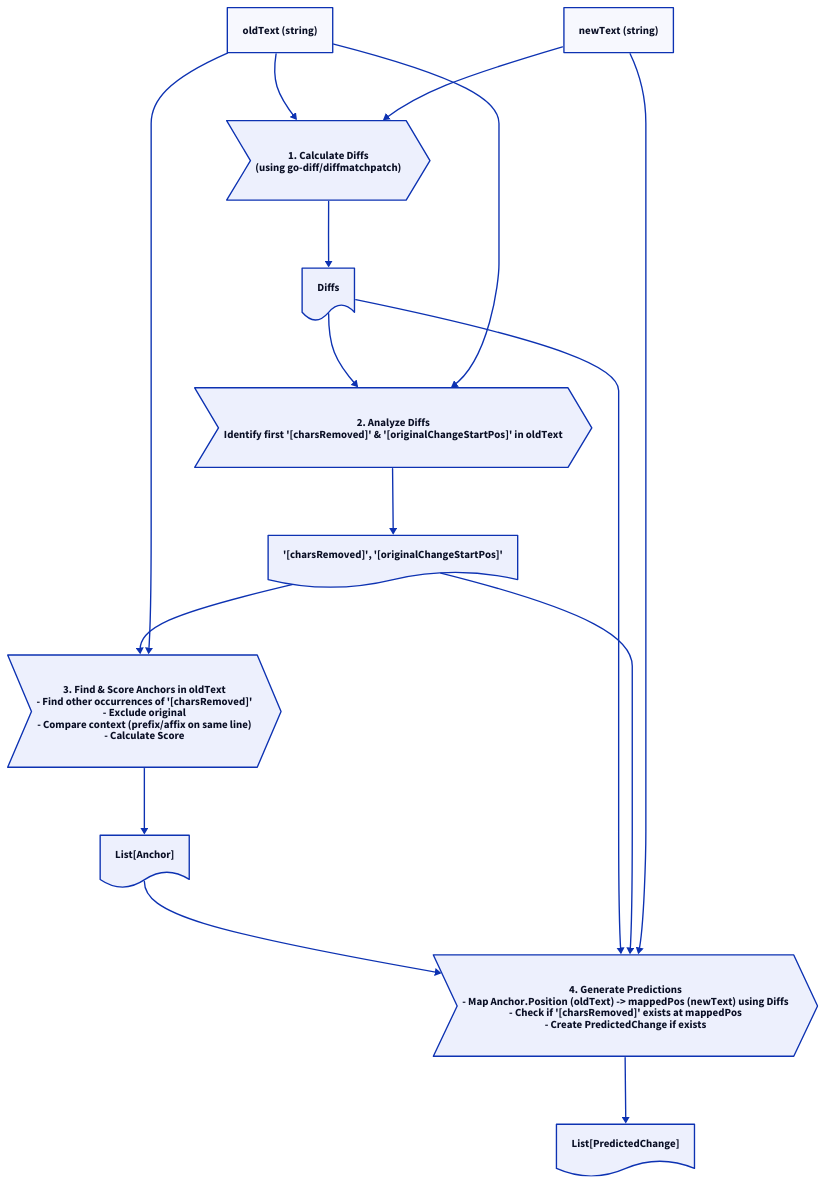
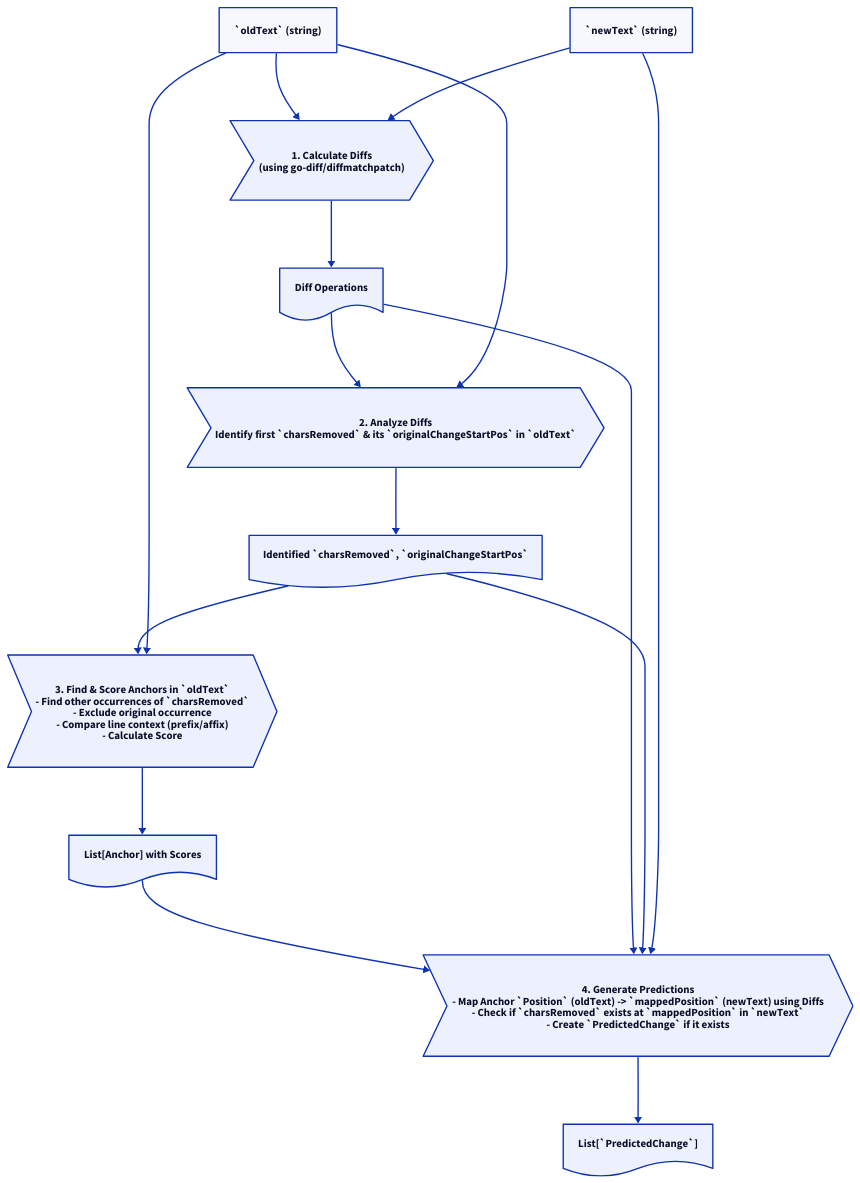
The diagram in docs/overview.d2 (jsnanigans/copre), drawn with D2 before and after one commit. The commit also changed 1 other file, not shown here.

Commit message:
refactor(docs): Improve overview documentation and SVG output
- Update `overview.d2` to enhance clarity by using backticks for
  variable names and improving the descriptions of processing steps
  and outputs. This change aims to provide a clearer understanding
  of the system's logic.

- Revise the generated `overview.svg` to reflect the updated
  structure and styling, ensuring consistency with the new
  documentation format. The SVG now includes improved visual
  representations of the processing steps and outputs.

These modifications aim to enhance the documentation's usability
and visual appeal, making it easier for users and developers to
understand the system's functionality.

```diff
--- a/docs/overview.d2
+++ b/docs/overview.d2
@@ -1,45 +1,47 @@
 # Direction: down
 # Layout: elk
 
 # Inputs
-oldText: "oldText (string)"
-newText: "newText (string)"
+oldText: "`oldText` (string)"
+newText: "`newText` (string)"
 
 # Processing Steps
 step1: "1. Calculate Diffs\n(using go-diff/diffmatchpatch)" {
   shape: step
 }
-step2: "2. Analyze Diffs\nIdentify first '[charsRemoved]' & '[originalChangeStartPos]' in oldText" {
+step2: "2. Analyze Diffs\nIdentify first `charsRemoved` & its `originalChangeStartPos` in `oldText`" {
   shape: step
 }
-step3: "3. Find & Score Anchors in oldText\n- Find other occurrences of '[charsRemoved]'\n- Exclude original\n- Compare context (prefix/affix on same line)\n- Calculate Score" {
+step3: "3. Find & Score Anchors in `oldText`\n- Find other occurrences of `charsRemoved`\n- Exclude original occurrence\n- Compare line context (prefix/affix)\n- Calculate Score" {
   shape: step
 }
-step4: "4. Generate Predictions\n- Map Anchor.Position (oldText) -> mappedPos (newText) using Diffs\n- Check if '[charsRemoved]' exists at mappedPos\n- Create PredictedChange if exists" {
+step4: "4. Generate Predictions\n- Map Anchor `Position` (oldText) -> `mappedPosition` (newText) using Diffs\n- Check if `charsRemoved` exists at `mappedPosition` in `newText`\n- Create `PredictedChange` if it exists" {
   shape: step
 }
 
-# Outputs
-output_diffs: "Diffs" { shape: document }
-output_analysis: "'[charsRemoved]', '[originalChangeStartPos]'" { shape: document }
-output_anchors: "List[Anchor]" { shape: document }
-output_predictions: "List[PredictedChange]" { shape: document }
+# Intermediate Outputs
+output_diffs: "Diff Operations" { shape: document }
+output_analysis: "Identified `charsRemoved`, `originalChangeStartPos`" { shape: document }
+output_anchors: "List[Anchor] with Scores" { shape: document }
+
+# Final Output
+output_predictions: "List[`PredictedChange`]" { shape: document }
 
 # Connections
 oldText -> step1
 newText -> step1
 step1 -> output_diffs
 
 output_diffs -> step2
 oldText -> step2 # Needed for analysis context
 step2 -> output_analysis
 
 output_analysis -> step3
 oldText -> step3 # Needed for finding/scoring
 step3 -> output_anchors
 
 output_anchors -> step4
-output_diffs -> step4 # Needed for mapping
-output_analysis -> step4 # Need '[charsRemoved]' to check
-newText -> step4 # Need newText to check within
+output_diffs -> step4 # Needed for mapping positions
+output_analysis -> step4 # Need `charsRemoved`
+newText -> step4 # Need `newText` to check within
 step4 -> output_predictions 
```
